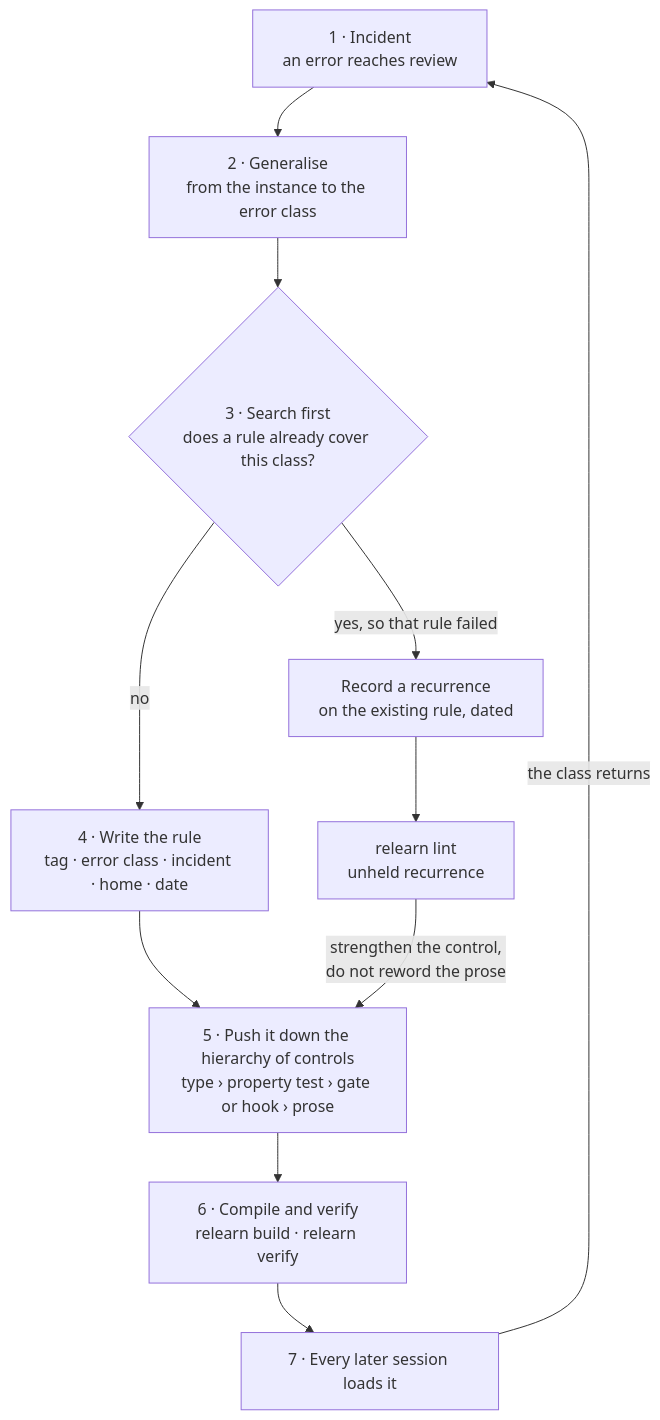
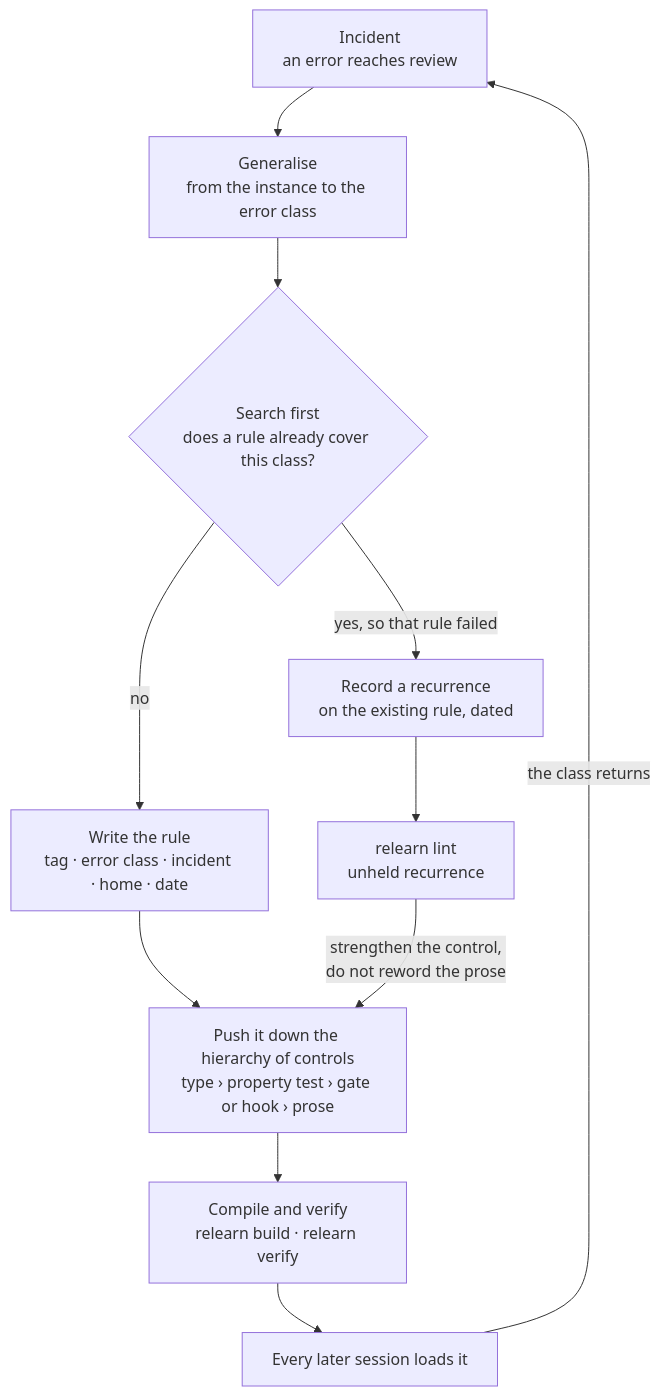
Before and after one commit to george-andrikopoulos/relearn: the second of 2 diagrams in README.md, drawn with Mermaid. The commit also changed other lines of this file and 5 other files, not shown here.

````diff
--- a/README.md
+++ b/README.md
@@ -54,13 +129,13 @@
 ```mermaid
 flowchart TD
-    A["1 · Incident<br/>an error reaches review"] --> B["2 · Generalise<br/>from the instance to the error class"]
-    B --> C{"3 · Search first<br/>does a rule already cover this class?"}
-    C -->|"no"| D["4 · Write the rule<br/>tag · error class · incident · home · date"]
+    A["Incident<br/>an error reaches review"] --> B["Generalise<br/>from the instance to the error class"]
+    B --> C{"Search first<br/>does a rule already cover this class?"}
+    C -->|"no"| D["Write the rule<br/>tag · error class · incident · home · date"]
     C -->|"yes, so that rule failed"| R["Record a recurrence<br/>on the existing rule, dated"]
-    D --> E["5 · Push it down the hierarchy of controls<br/>type › property test › gate or hook › prose"]
-    E --> F["6 · Compile and verify<br/>relearn build · relearn verify"]
-    F --> G["7 · Every later session loads it"]
+    D --> E["Push it down the hierarchy of controls<br/>type › property test › gate or hook › prose"]
+    E --> F["Compile and verify<br/>relearn build · relearn verify"]
+    F --> G["Every later session loads it"]
     G -->|"the class returns"| A
     R --> L["relearn lint<br/>unheld recurrence"]
     L -->|"strengthen the control,<br/>do not reword the prose"| E
 ```
````
